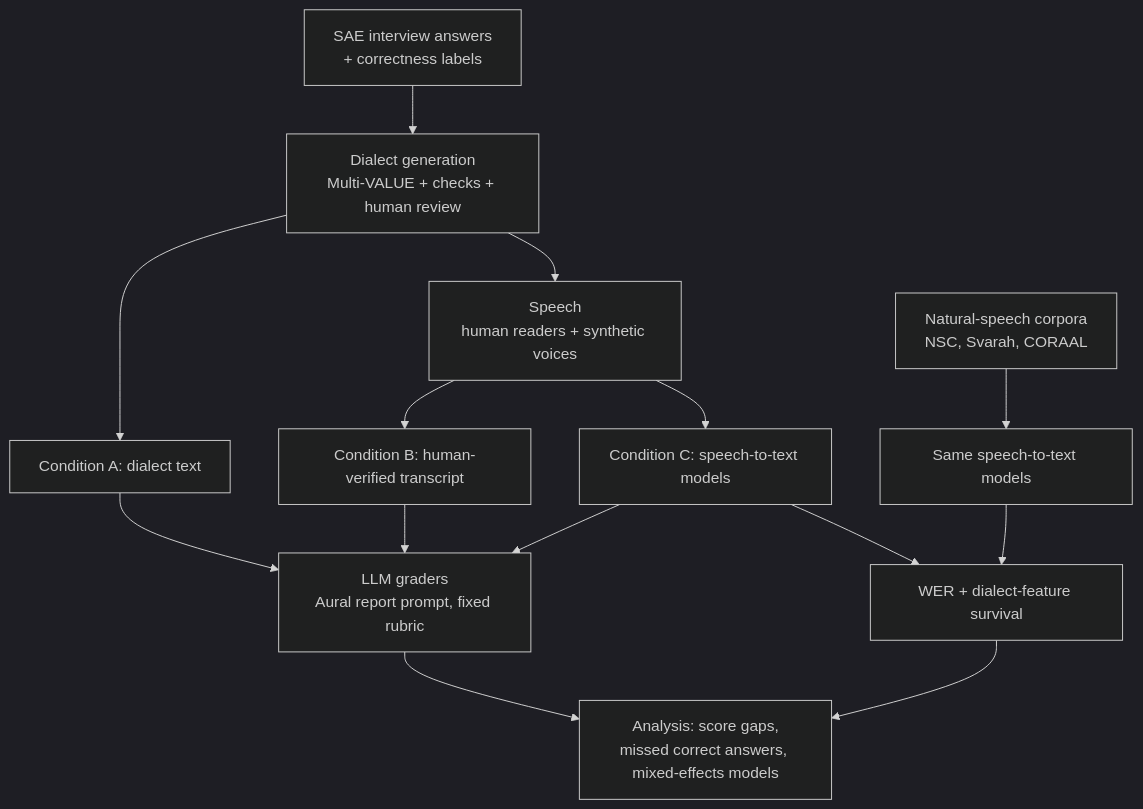
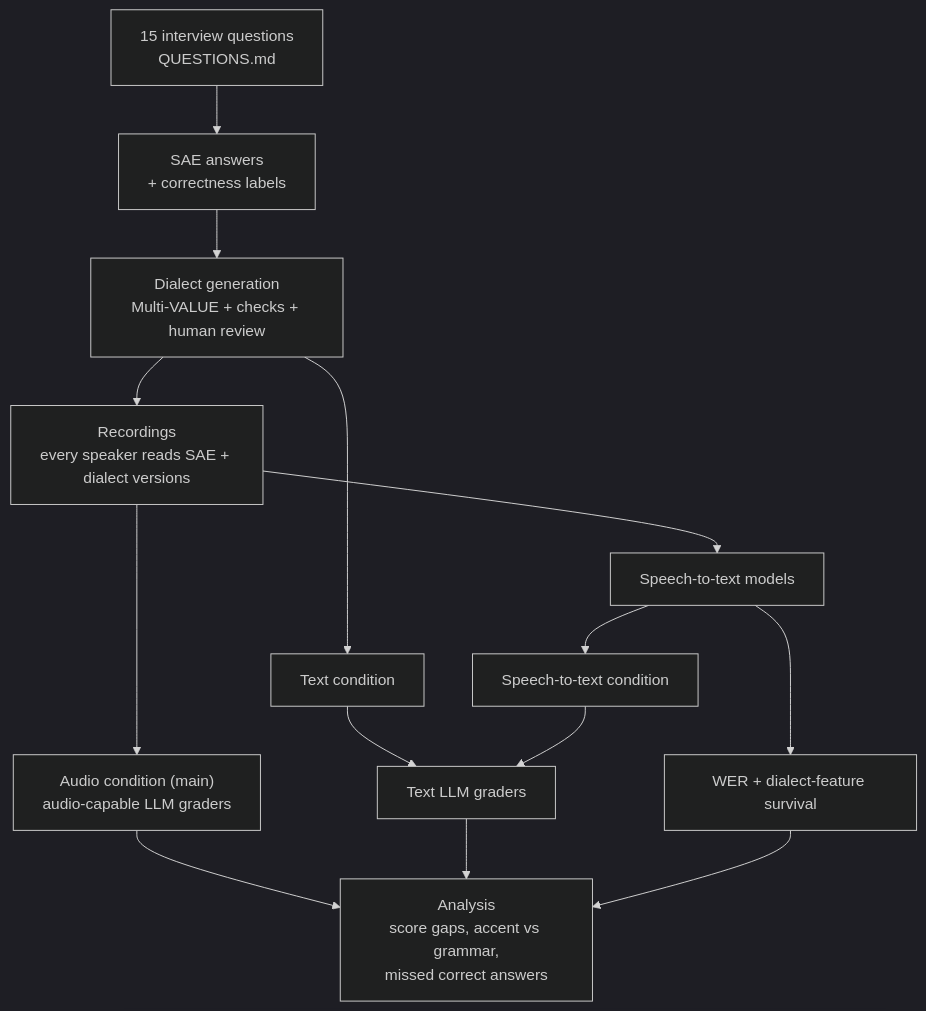
One commit to brevinhquangpham/interview-dialect-study changed the diagram in README.md. Above: the diagram before and after it, drawn with Mermaid (dark theme). The commit also changed other lines of this file and 1 other file, not shown here.

First line of the commit message:
Make raw audio the main grading condition

````diff
--- a/README.md
+++ b/README.md
@@ -11,16 +11,16 @@
 ```mermaid
 flowchart TD
-  A["SAE interview answers<br/>+ correctness labels"] --> B["Dialect generation<br/>Multi-VALUE + checks + human review"]
-  B --> T["Condition A: dialect text"]
-  B --> S["Speech<br/>human readers + synthetic voices"]
-  S --> H["Condition B: human-verified transcript"]
-  S --> R["Condition C: speech-to-text models"]
-  T --> G["LLM graders<br/>Aural report prompt, fixed rubric"]
-  H --> G
-  R --> G
+  Q["15 interview questions<br/>QUESTIONS.md"] --> A["SAE answers<br/>+ correctness labels"]
+  A --> B["Dialect generation<br/>Multi-VALUE + checks + human review"]
+  B --> T["Text condition"]
+  B --> S["Recordings<br/>every speaker reads SAE + dialect versions"]
+  S --> AU["Audio condition (main)<br/>audio-capable LLM graders"]
+  S --> R["Speech-to-text models"]
+  R --> RT["Speech-to-text condition"]
+  T --> G["Text LLM graders"]
+  RT --> G
   R --> F["WER + dialect-feature survival"]
-  X["Natural-speech corpora<br/>NSC, Svarah, CORAAL"] --> RX["Same speech-to-text models"]
-  RX --> F
-  G --> M["Analysis: score gaps,<br/>missed correct answers, mixed-effects models"]
+  AU --> M["Analysis<br/>score gaps, accent vs grammar,<br/>missed correct answers"]
+  G --> M
   F --> M
 ```
````
